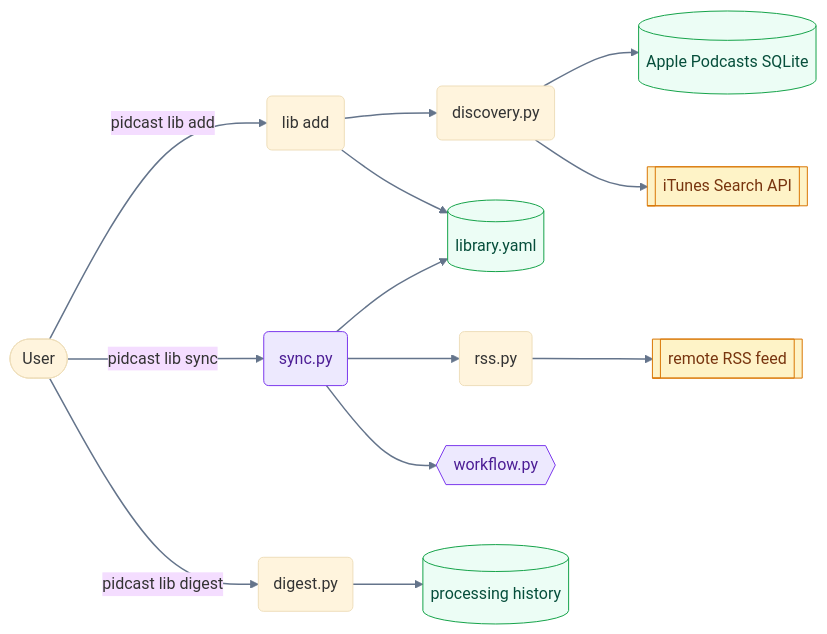
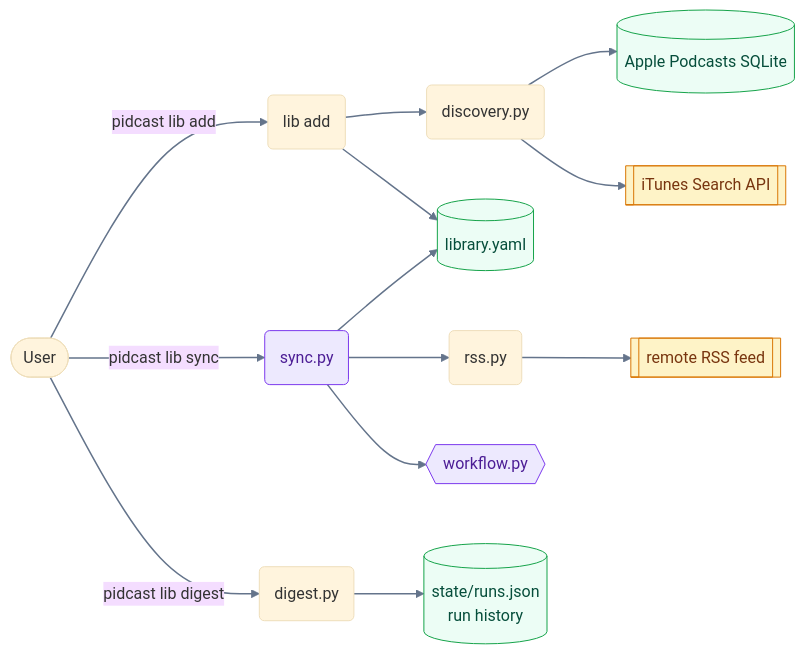
The second of 2 diagrams in docs/architecture.md (kintecus/pidcast), drawn with Mermaid before and after one commit. The commit also changed other lines of this file and 4 other files, not shown here.

````diff
--- a/docs/architecture.md
+++ b/docs/architecture.md
@@ -82,30 +81,30 @@
 ```mermaid
 %%{init: {'theme':'base','flowchart':{'curve':'basis','nodeSpacing':60,'rankSpacing':70}}}%%
 flowchart LR
     accTitle: pidcast library subsystem
     accDescr: Library commands manage a YAML-backed list of podcast shows. Discovery searches Apple Podcasts and iTunes. Sync iterates shows, fetches new episodes, and dispatches each into the single-shot pipeline. A digest command summarizes processed episodes.
 
     User([User]) -->|pidcast lib add| Add(lib add)
     Add --> Discovery(discovery.py)
     Discovery --> AppleDB[(Apple Podcasts SQLite)]
     Discovery --> ITunes[[iTunes Search API]]
     Add --> LibFile[(library.yaml)]
 
     User -->|pidcast lib sync| Sync(sync.py)
     Sync --> LibFile
     Sync --> RSS(rss.py)
     RSS --> Feed[[remote RSS feed]]
     Sync --> Workflow{{workflow.py}}
 
     User -->|pidcast lib digest| Digest(digest.py)
-    Digest --> Hist[(processing history)]
+    Digest --> Hist[(state/runs.json<br/>run history)]
 
     classDef storage fill:#ecfdf5,stroke:#16a34a,color:#064e3b;
     classDef external fill:#fef3c7,stroke:#d97706,color:#78350f;
     classDef orchestrator fill:#ede9fe,stroke:#7c3aed,color:#4c1d95;
     class LibFile,AppleDB,Hist storage;
     class ITunes,Feed external;
     class Workflow,Sync orchestrator;
 
     linkStyle default stroke:#64748b,stroke-width:1.5px
 ```
````
